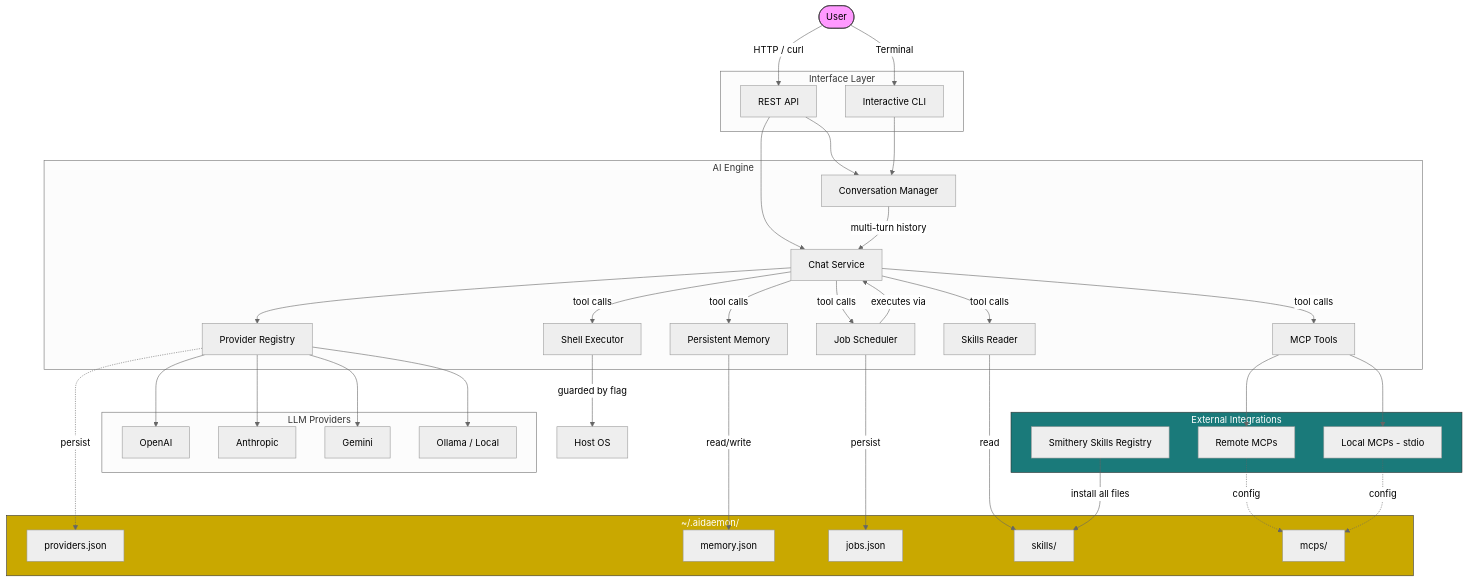
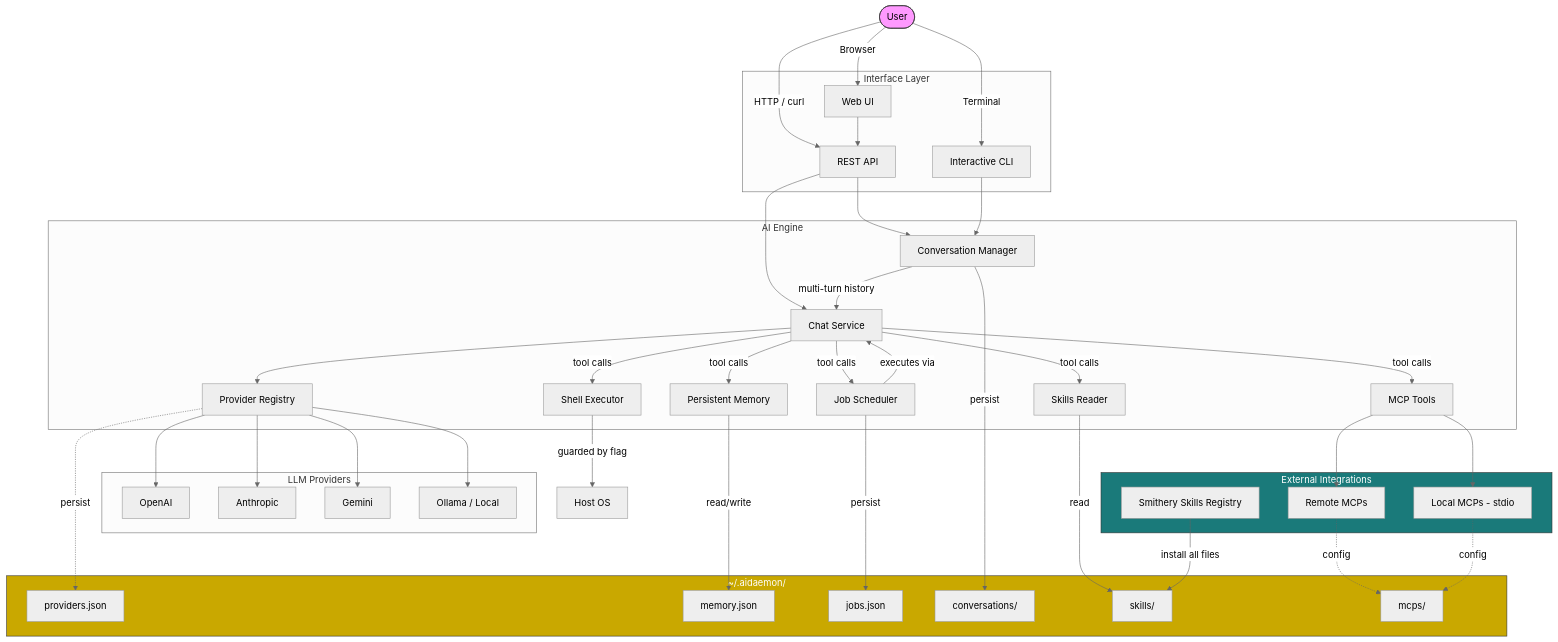
The first of 2 diagrams in README.md (EvalVis/AIDaemon), drawn with Mermaid (neutral theme) before and after one commit. The commit also changed other lines of this file, not shown here.

````diff
--- a/README.md
+++ b/README.md
@@ -9,68 +9,74 @@
 ```mermaid
 graph TB
     User([User])
 
     subgraph Interface["Interface Layer"]
         REST[REST API]
+        WebUI[Web UI]
         CLI[Interactive CLI]
     end
+
+    User -->|HTTP / curl| REST
+    User -->|Browser| WebUI
+    User -->|Terminal| CLI
+    WebUI --> REST
 
     subgraph Engine["AI Engine"]
         Chat[Chat Service]
         Conv[Conversation Manager]
         Providers[Provider Registry]
         Memory[Persistent Memory]
         Skills[Skills Reader]
         Shell[Shell Executor]
         Scheduler[Job Scheduler]
         MCPTools[MCP Tools]
     end
 
     subgraph Providers_Sub["LLM Providers"]
         OpenAI[OpenAI]
         Anthropic[Anthropic]
         Gemini[Gemini]
         Ollama[Ollama / Local]
     end
 
     subgraph External["External Integrations"]
         MCPRemote[Remote MCPs]
         MCPLocal[Local MCPs - stdio]
         Smithery[Smithery Skills Registry]
     end
 
     subgraph Storage["~/.aidaemon/"]
         ProvidersJSON[providers.json]
         MemoryJSON[memory.json]
         JobsJSON[jobs.json]
+        ConversationsDir[conversations/]
         SkillsDir[skills/]
         McpsDir[mcps/]
     end
 
-    User -->|HTTP / curl| REST
-    User -->|Terminal| CLI
     REST --> Chat
     REST --> Conv
     CLI --> Conv
 
     Conv -->|multi-turn history| Chat
     Chat --> Providers
     Providers --> OpenAI & Anthropic & Gemini & Ollama
 
     Chat -->|tool calls| Memory & Skills & Shell & Scheduler & MCPTools
 
     Memory -->|read/write| MemoryJSON
     Skills -->|read| SkillsDir
     Scheduler -->|persist| JobsJSON
     Scheduler -->|executes via| Chat
+    Conv -->|persist| ConversationsDir
     MCPTools --> MCPRemote & MCPLocal
     MCPRemote & MCPLocal -.->|config| McpsDir
     Smithery -->|install all files| SkillsDir
     Providers -.->|persist| ProvidersJSON
 
     Shell -->|guarded by flag| OS[Host OS]
 
     style User fill:#f9f,stroke:#333
     style Storage fill:#c9a800,stroke:#333,color:#fff
     style External fill:#1a7a7a,stroke:#333,color:#fff
 ```
````
